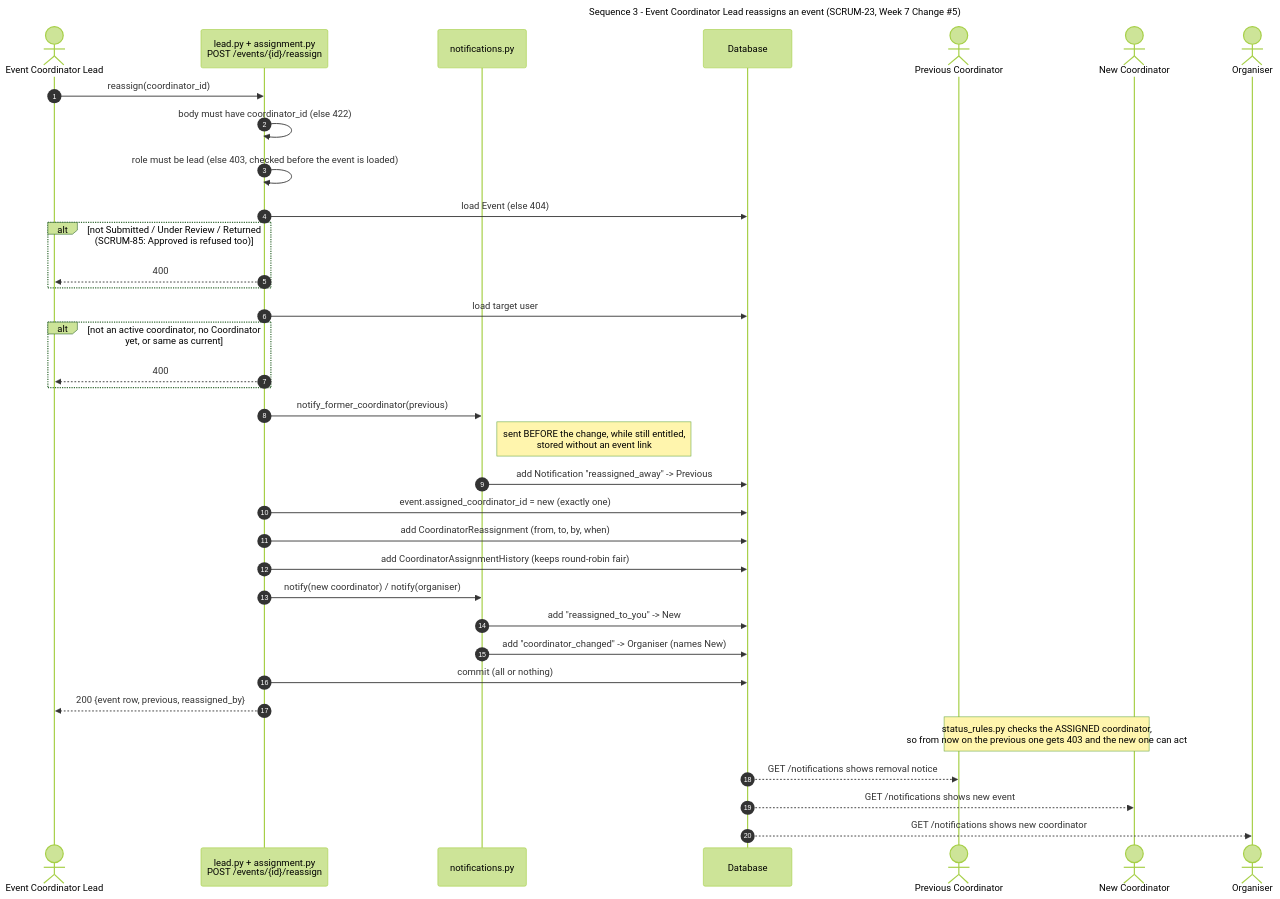
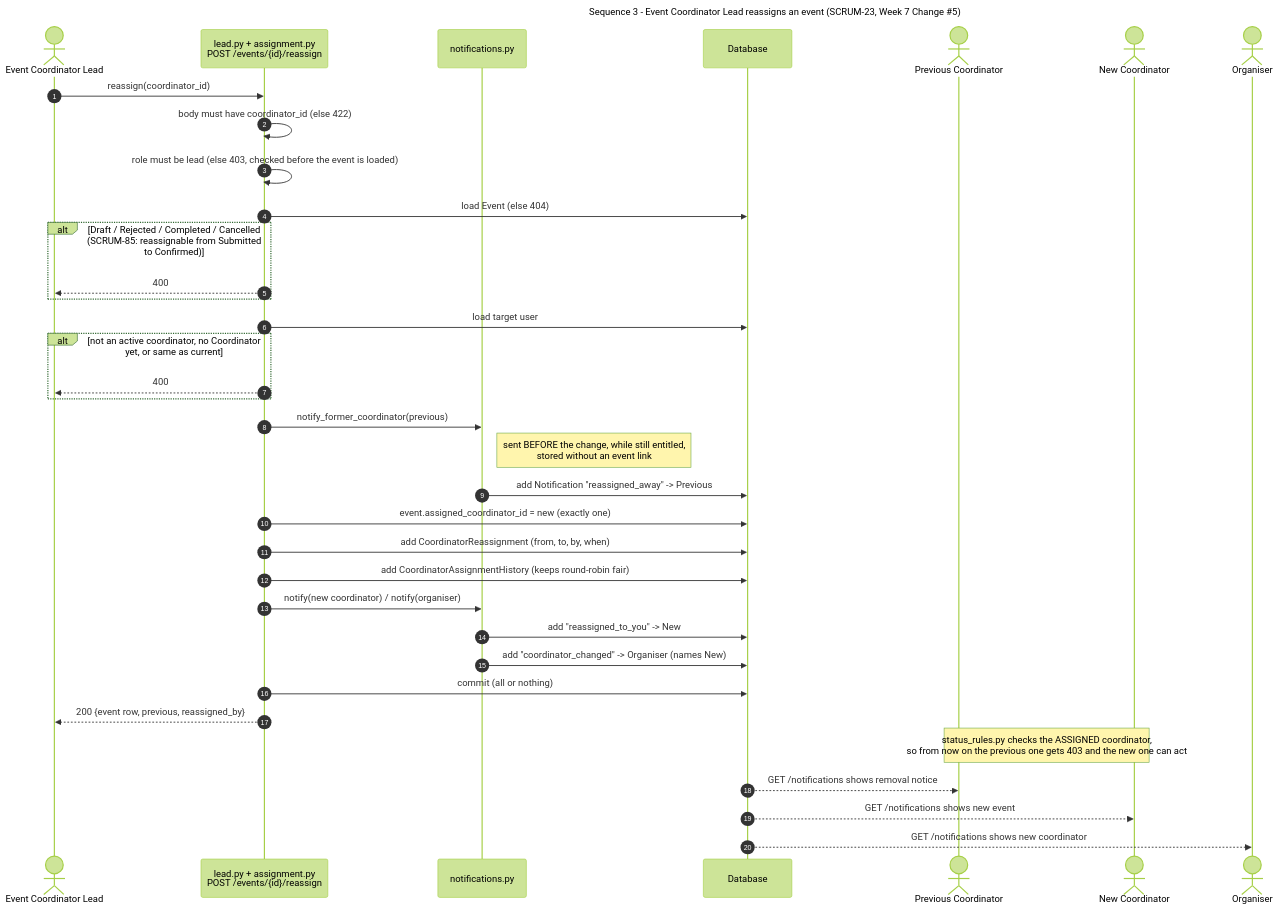
One commit to elnathanshee/spm changed the diagram in docs/diagrams/03-lead-reassigns.mmd. Above: the diagram before and after it, drawn with Mermaid (forest theme). The commit also changed 3 other files, not shown here.

```diff
--- a/docs/diagrams/03-lead-reassigns.mmd
+++ b/docs/diagrams/03-lead-reassigns.mmd
@@ -1,44 +1,44 @@
 ---
 title: "Sequence 3 - Event Coordinator Lead reassigns an event (SCRUM-23, Week 7 Change #5)"
 ---
 sequenceDiagram
     autonumber
     actor Lead as Event Coordinator Lead
     participant API as lead.py + assignment.py<br/>POST /events/{id}/reassign
     participant N as notifications.py
     participant DB as Database
     actor Prev as Previous Coordinator
     actor NewC as New Coordinator
     actor Org as Organiser
 
     Lead->>API: reassign(coordinator_id)
     API->>API: body must have coordinator_id (else 422)
     API->>API: role must be lead (else 403, checked before the event is loaded)
     API->>DB: load Event (else 404)
-    alt not Submitted / Under Review / Returned (SCRUM-85: Approved is refused too)
+    alt Draft / Rejected / Completed / Cancelled (SCRUM-85: reassignable from Submitted to Confirmed)
         API-->>Lead: 400
     end
     API->>DB: load target user
     alt not an active coordinator, no Coordinator yet, or same as current
         API-->>Lead: 400
     end
 
     API->>N: notify_former_coordinator(previous)
     Note right of N: sent BEFORE the change, while still entitled,<br/>stored without an event link
     N->>DB: add Notification "reassigned_away" -> Previous
 
     API->>DB: event.assigned_coordinator_id = new (exactly one)
     API->>DB: add CoordinatorReassignment (from, to, by, when)
     API->>DB: add CoordinatorAssignmentHistory (keeps round-robin fair)
 
     API->>N: notify(new coordinator) / notify(organiser)
     N->>DB: add "reassigned_to_you" -> New
     N->>DB: add "coordinator_changed" -> Organiser (names New)
 
     API->>DB: commit (all or nothing)
     API-->>Lead: 200 {event row, previous, reassigned_by}
 
     Note over Prev,NewC: status_rules.py checks the ASSIGNED coordinator,<br/>so from now on the previous one gets 403 and the new one can act
     DB-->>Prev: GET /notifications shows removal notice
     DB-->>NewC: GET /notifications shows new event
     DB-->>Org: GET /notifications shows new coordinator
```
